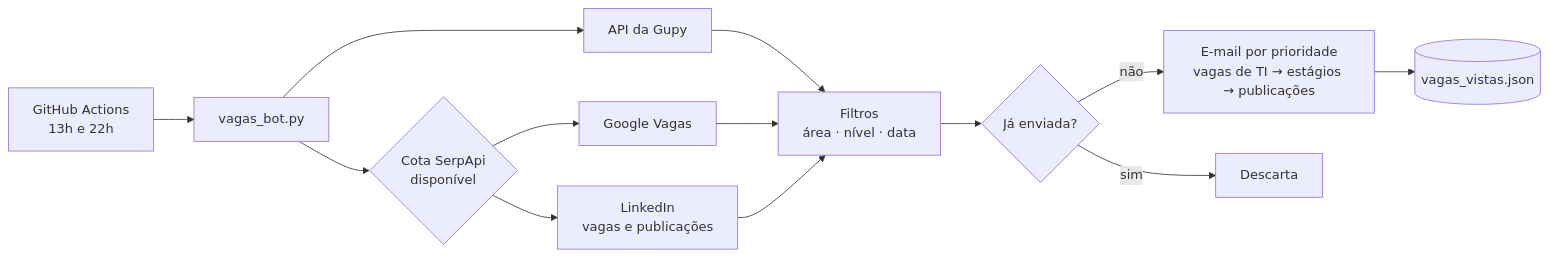
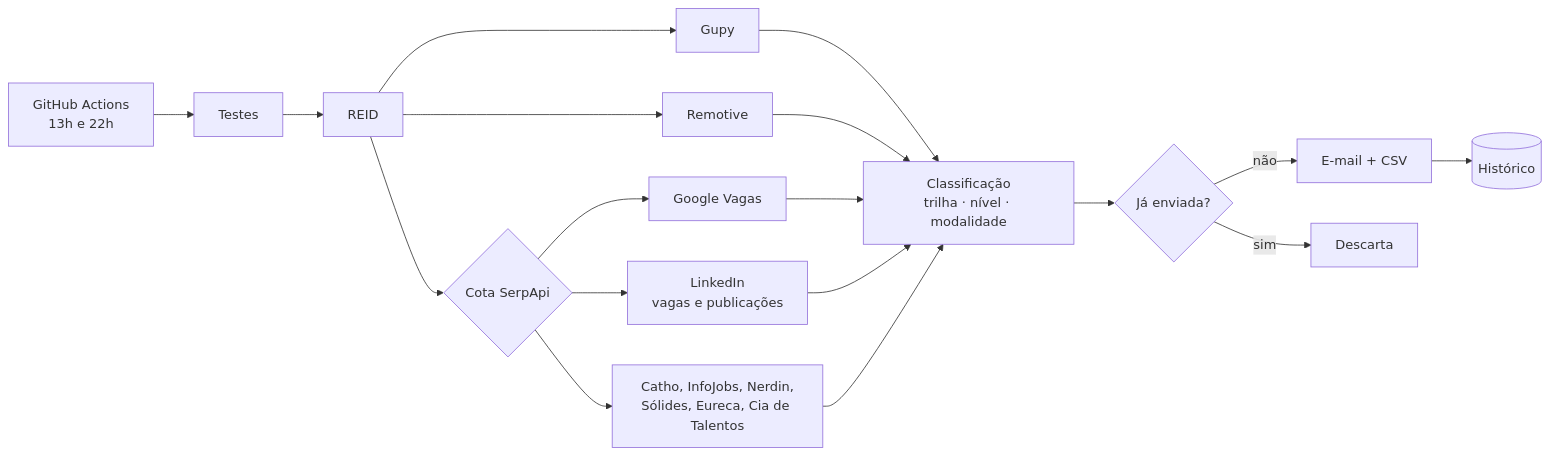
The diagram in README.md (Reidner-Verdino/robo-vagas-estagio), drawn with Mermaid before and after one commit. The commit also changed other lines of this file and 40 other files, not shown here.

Commit message:
REID 2.0: trilhas, níveis, modalidades, sites prioritários e 130 testes

````diff
--- a/README.md
+++ b/README.md
@@ -28,15 +30,16 @@
 ```mermaid
 flowchart LR
-    A[GitHub Actions<br/>13h e 22h] --> B[vagas_bot.py]
-    B --> C[API da Gupy]
-    B --> Q{Cota SerpApi<br/>disponível}
-    Q --> D[Google Vagas]
+    A[GitHub Actions<br/>13h e 22h] --> T[Testes]
+    T --> B[REID]
+    B --> G[Gupy]
+    B --> R[Remotive]
+    B --> Q{Cota SerpApi}
+    Q --> V[Google Vagas]
     Q --> L[LinkedIn<br/>vagas e publicações]
-    C --> E[Filtros<br/>área · nível · data]
-    D --> E
-    L --> E
-    E --> F{Já enviada?}
-    F -- não --> G[E-mail por prioridade<br/>vagas de TI → estágios → publicações]
-    F -- sim --> H[Descarta]
-    G --> I[(vagas_vistas.json)]
+    Q --> S[Catho, InfoJobs, Nerdin,<br/>Sólides, Eureca, Cia de Talentos]
+    G & R & V & L & S --> C[Classificação<br/>trilha · nível · modalidade]
+    C --> D{Já enviada?}
+    D -- não --> E[E-mail + CSV]
+    D -- sim --> X[Descarta]
+    E --> H[(Histórico)]
 ```
````
